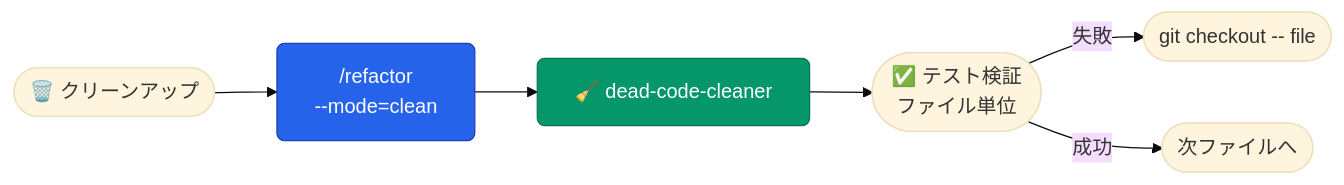
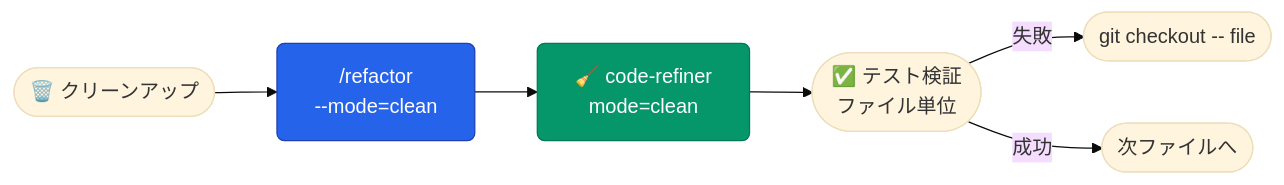
Before and after one commit to aokumablue/claq: the fifth of 12 diagrams in README.md, drawn with Mermaid (base theme). The commit also changed other lines of this file and 9 other files, not shown here.

First line of the commit message:
refactor(agents): simplifier/dead-code-cleaner/perf-optimizer を code-refiner へ統合

````diff
--- a/README.md
+++ b/README.md
@@ -274,11 +274,11 @@
 ```mermaid
 flowchart LR
   classDef cmd    fill:#2563eb,stroke:#1e40af,color:#fff,rx:6
   classDef agent  fill:#059669,stroke:#047857,color:#fff,rx:6
 
   U(["🗑️ クリーンアップ"]) --> CREF["/refactor<br/>--mode=clean"]:::cmd
-  CREF --> AC["🧹 dead-code-cleaner"]:::agent
+  CREF --> AC["🧹 code-refiner<br/>mode=clean"]:::agent
   AC --> TEST(["✅ テスト検証<br/>ファイル単位"])
   TEST -->|失敗| REVERT(["git checkout -- file"])
   TEST -->|成功| NEXT(["次ファイルへ"])
 ```
````
